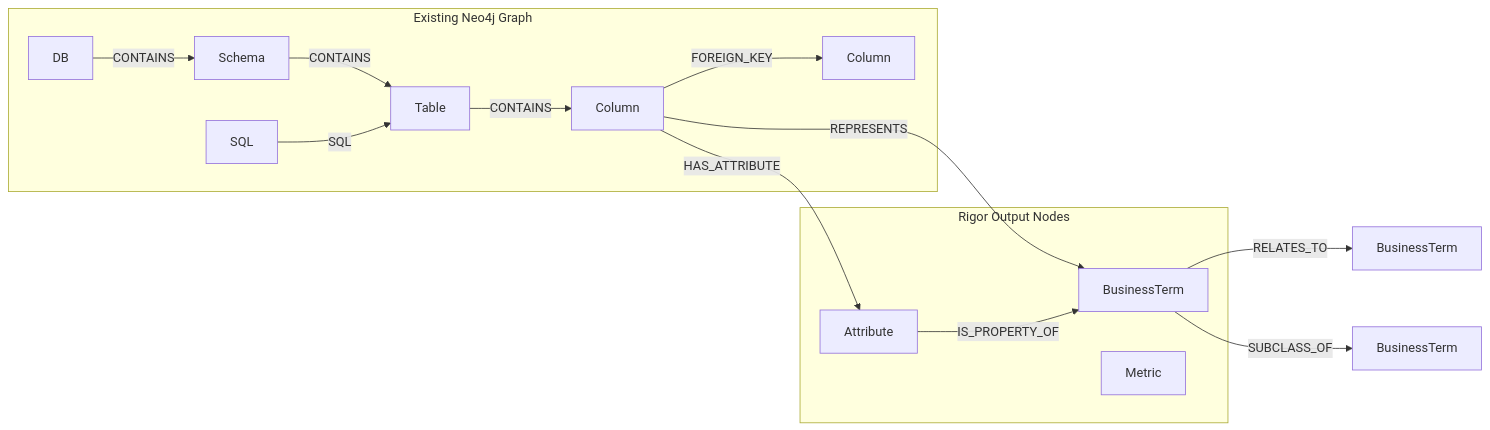
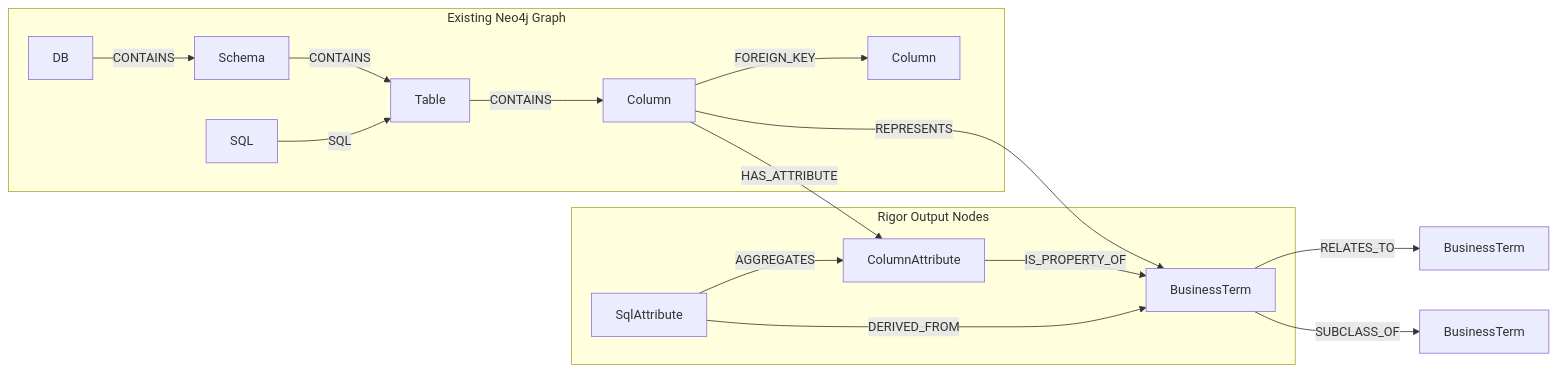
Before and after one commit to Manushpm8/auto-ontology: the diagram in gsf/ontology/rigor/diagrams/graph_model.mmd, drawn with Mermaid. The commit also changed 7 other files, not shown here.

First line of the commit message:
Add PK attributes and rename Attribute/Metric to ColumnAttribute/SqlAttribute

```diff
--- a/gsf/ontology/rigor/diagrams/graph_model.mmd
+++ b/gsf/ontology/rigor/diagrams/graph_model.mmd
@@ -1,20 +1,22 @@
 graph LR
   subgraph existing ["Existing Neo4j Graph"]
     DB["DB"] -->|CONTAINS| S["Schema"]
     S -->|CONTAINS| T["Table"]
     T -->|CONTAINS| C["Column"]
     C -->|FOREIGN_KEY| C2["Column"]
     SQL["SQL"] -->|SQL| T
   end
 
   subgraph rigorOutput ["Rigor Output Nodes"]
     BT["BusinessTerm"]
-    Attr["Attribute"]
-    Met["Metric"]
+    ColAttr["ColumnAttribute"]
+    SqlAttr["SqlAttribute"]
   end
 
   C -->|REPRESENTS| BT
-  C -->|HAS_ATTRIBUTE| Attr
-  Attr -->|IS_PROPERTY_OF| BT
+  C -->|HAS_ATTRIBUTE| ColAttr
+  ColAttr -->|IS_PROPERTY_OF| BT
+  SqlAttr -->|AGGREGATES| ColAttr
+  SqlAttr -->|DERIVED_FROM| BT
   BT -->|RELATES_TO| BT2["BusinessTerm"]
   BT -->|SUBCLASS_OF| BT3["BusinessTerm"]
```
